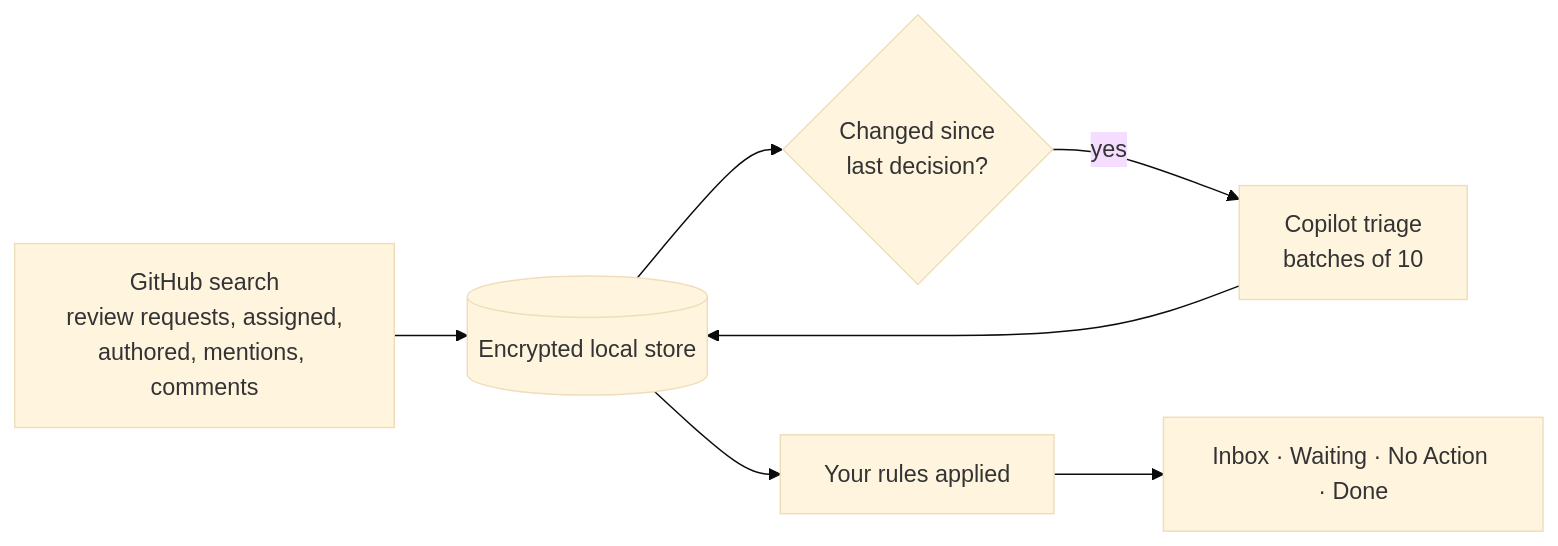
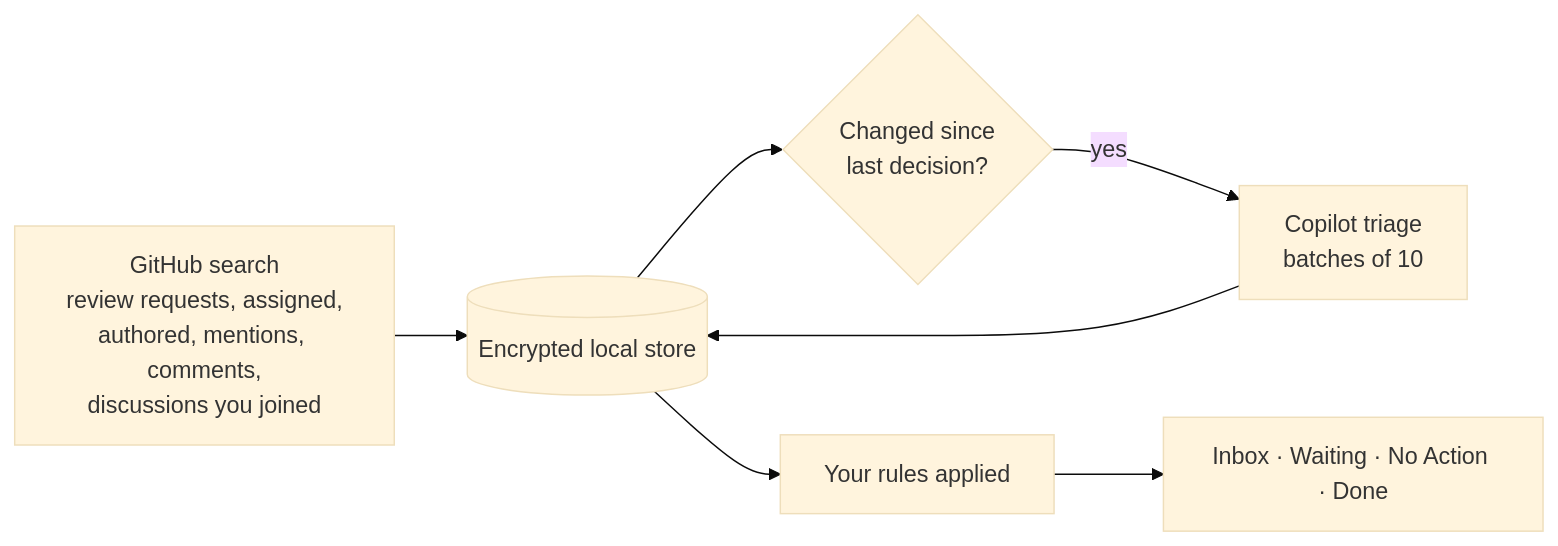
The diagram in README.md (dbuskariol/triage), drawn with Mermaid (base theme) before and after one commit. The commit also changed other lines of this file and 14 other files, not shown here.

First line of the commit message:
Find discussions you opened or commented on

````diff
--- a/README.md
+++ b/README.md
@@ -24,9 +24,9 @@
 ```mermaid
 flowchart LR
-    A[GitHub search<br/>review requests, assigned,<br/>authored, mentions, comments] --> B[(Encrypted local store)]
+    A[GitHub search<br/>review requests, assigned,<br/>authored, mentions, comments,<br/>discussions you joined] --> B[(Encrypted local store)]
     B --> C{Changed since<br/>last decision?}
     C -- yes --> D[Copilot triage<br/>batches of 10]
     D --> B
     B --> E[Your rules applied]
     E --> F[Inbox · Waiting · No Action · Done]
 ```
````
